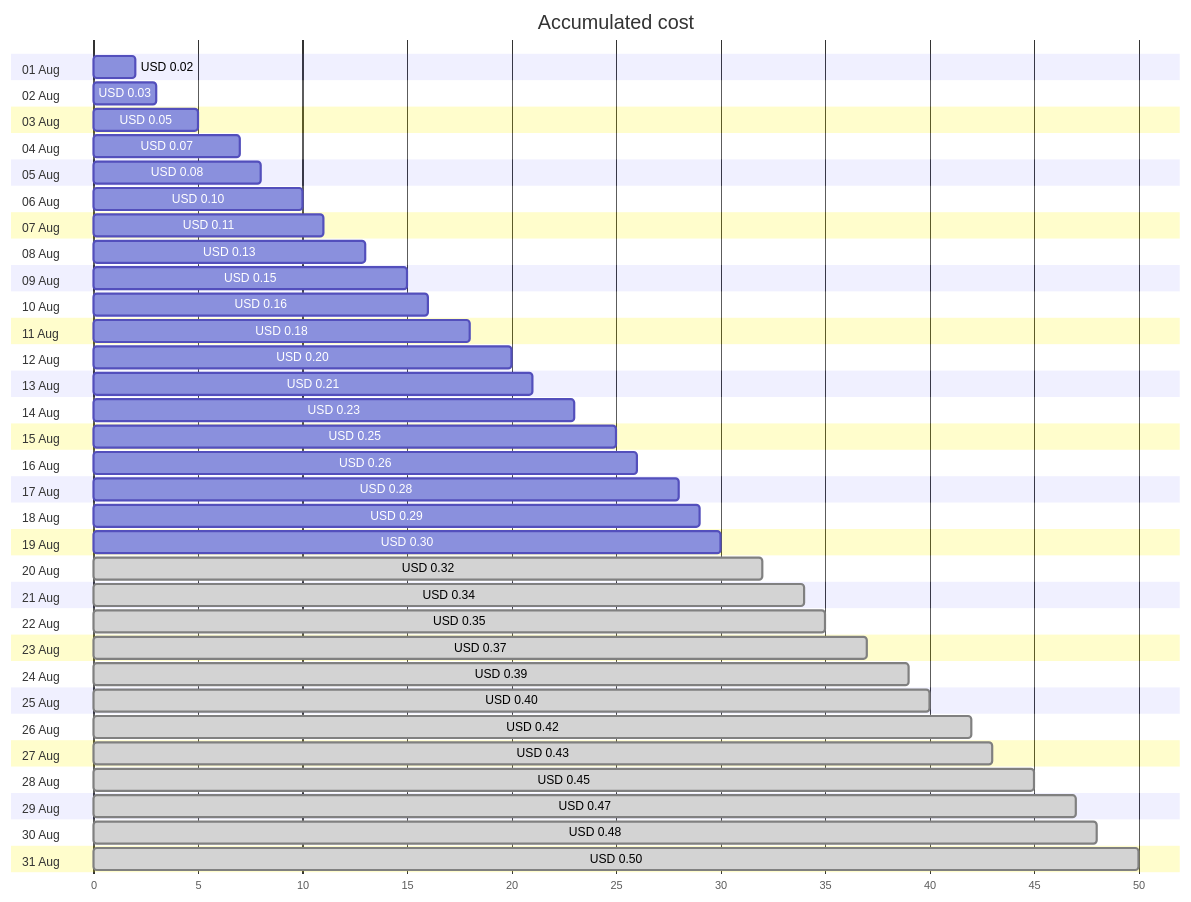
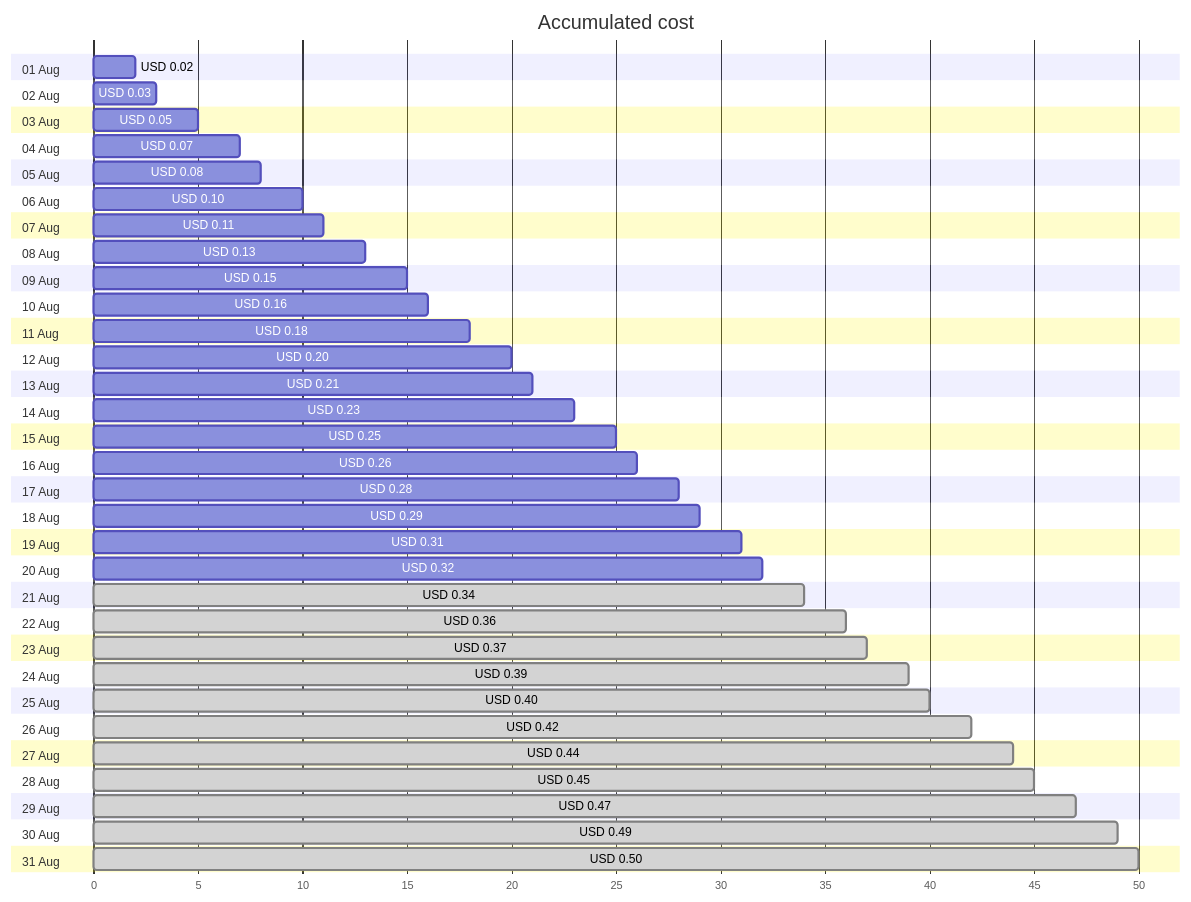
The first of 4 diagrams in cost-reports/personal-dns/jpatrickfulton.com.md (jpfulton/azure-personal-reports), drawn with Mermaid before and after one commit. The commit also changed other lines of this file and 2 other files, not shown here.

````diff
--- a/cost-reports/personal-dns/jpatrickfulton.com.md
+++ b/cost-reports/personal-dns/jpatrickfulton.com.md
@@ -20,68 +20,68 @@
 ```mermaid
 gantt
    title Accumulated cost
    dateFormat  X
    axisFormat %s
    section 01 Aug
    USD 0.02 :0, 2
    section 02 Aug
    USD 0.03 :0, 3
    section 03 Aug
    USD 0.05 :0, 5
    section 04 Aug
    USD 0.07 :0, 7
    section 05 Aug
    USD 0.08 :0, 8
    section 06 Aug
    USD 0.10 :0, 10
    section 07 Aug
    USD 0.11 :0, 11
    section 08 Aug
    USD 0.13 :0, 13
    section 09 Aug
    USD 0.15 :0, 15
    section 10 Aug
    USD 0.16 :0, 16
    section 11 Aug
    USD 0.18 :0, 18
    section 12 Aug
    USD 0.20 :0, 20
    section 13 Aug
    USD 0.21 :0, 21
    section 14 Aug
    USD 0.23 :0, 23
    section 15 Aug
    USD 0.25 :0, 25
    section 16 Aug
    USD 0.26 :0, 26
    section 17 Aug
    USD 0.28 :0, 28
    section 18 Aug
    USD 0.29 :0, 29
    section 19 Aug
-   USD 0.30 :0, 30
+   USD 0.31 :0, 31
    section 20 Aug
-   USD 0.32 : done, 0, 32
+   USD 0.32 :0, 32
    section 21 Aug
    USD 0.34 : done, 0, 34
    section 22 Aug
-   USD 0.35 : done, 0, 35
+   USD 0.36 : done, 0, 36
    section 23 Aug
    USD 0.37 : done, 0, 37
    section 24 Aug
    USD 0.39 : done, 0, 39
    section 25 Aug
    USD 0.40 : done, 0, 40
    section 26 Aug
    USD 0.42 : done, 0, 42
    section 27 Aug
-   USD 0.43 : done, 0, 43
+   USD 0.44 : done, 0, 44
    section 28 Aug
    USD 0.45 : done, 0, 45
    section 29 Aug
    USD 0.47 : done, 0, 47
    section 30 Aug
-   USD 0.48 : done, 0, 48
+   USD 0.49 : done, 0, 49
    section 31 Aug
    USD 0.50 : done, 0, 50
 ```
````
